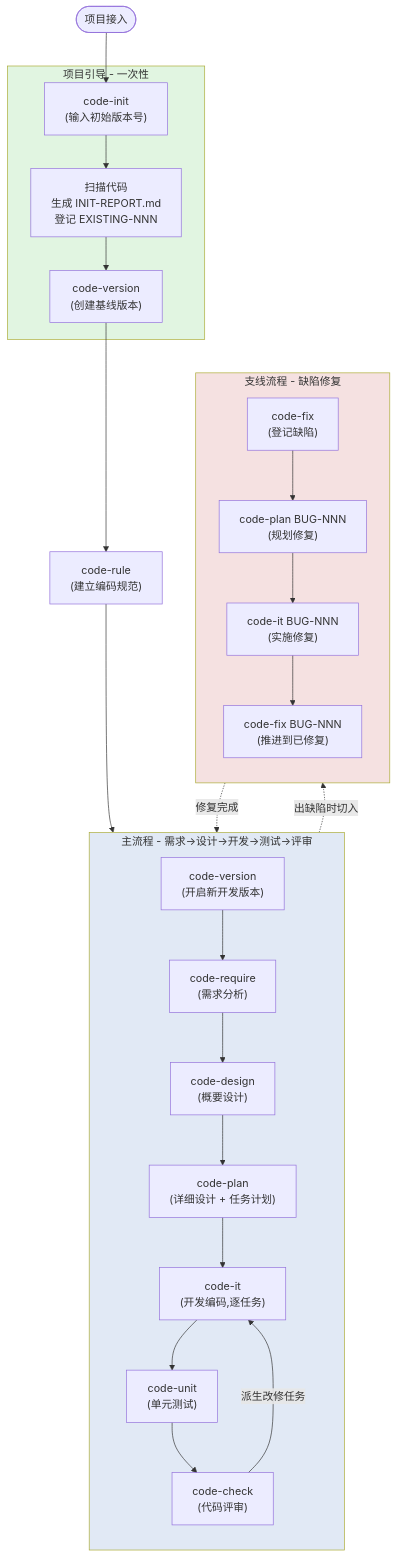
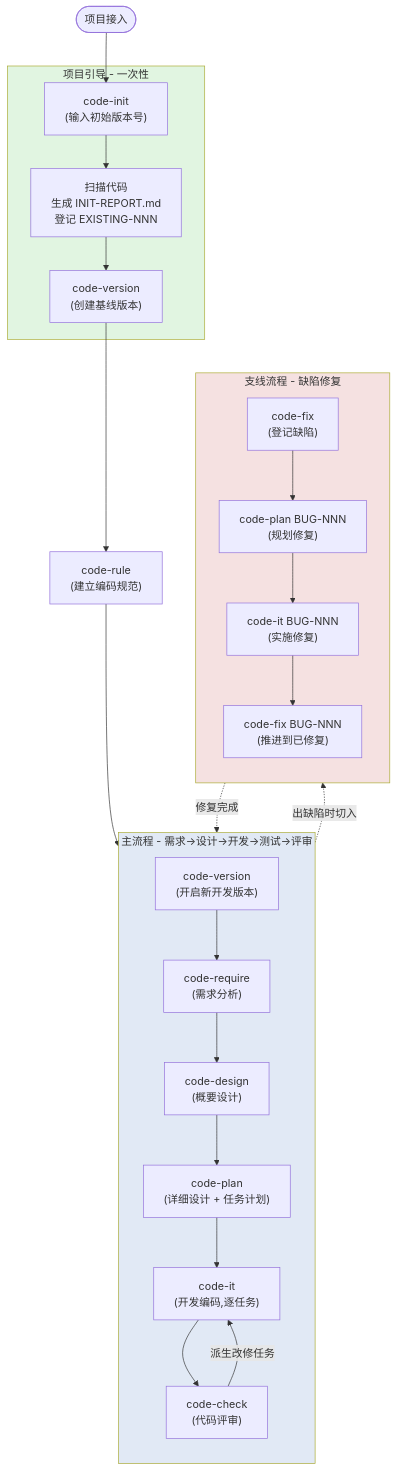
The diagram in plugins/code-skills/README.md (wm123450405/code-skills), drawn with Mermaid before and after one commit. The commit also changed other lines of this file and 9 other files, not shown here.

Commit message:
chore(code-it): REQ-00034 4 README + CLAUDE.md 字面改写去 code-unit 引用

````diff
--- a/plugins/code-skills/README.md
+++ b/plugins/code-skills/README.md
@@ -213,37 +212,36 @@
 ```mermaid
 flowchart TD
     Start([项目接入]) --> A
 
     subgraph XiTongYinDao[项目引导 - 一次性]
         A["code-init<br/>(输入初始版本号)"] --> A1[扫描代码<br/>生成 INIT-REPORT.md<br/>登记 EXISTING-NNN]
         A1 --> B["code-version<br/>(创建基线版本)"]
     end
 
     B --> C["code-rule<br/>(建立编码规范)"]
     C --> D["code-version<br/>(开启新开发版本)"]
 
     subgraph ZhuLiuCheng[主流程 - 需求→设计→开发→测试→评审]
         direction TB
         D --> E["code-require<br/>(需求分析)"]
         E --> F["code-design<br/>(概要设计)"]
         F --> G["code-plan<br/>(详细设计 + 任务计划)"]
         G --> H["code-it<br/>(开发编码,逐任务)"]
-        H --> I["code-unit<br/>(单元测试)"]
-        I --> J["code-check<br/>(代码评审)"]
-        J -->|"派生改修任务"| H
+        H --> I["code-check<br/>(代码评审)"]
+        I -->|"派生改修任务"| H
     end
 
     subgraph ZhiXianLiuCheng[支线流程 - 缺陷修复]
         direction TB
         K1["code-fix<br/>(登记缺陷)"] --> K2["code-plan BUG-NNN<br/>(规划修复)"]
         K2 --> K3["code-it BUG-NNN<br/>(实施修复)"]
         K3 --> K4["code-fix BUG-NNN<br/>(推进到已修复)"]
     end
 
     ZhuLiuCheng -.出缺陷时切入.-> ZhiXianLiuCheng
     ZhiXianLiuCheng -.修复完成.-> ZhuLiuCheng
 
     style XiTongYinDao fill:#e1f5e1
     style ZhuLiuCheng fill:#e1e9f5
     style ZhiXianLiuCheng fill:#f5e1e1
 ```
````
